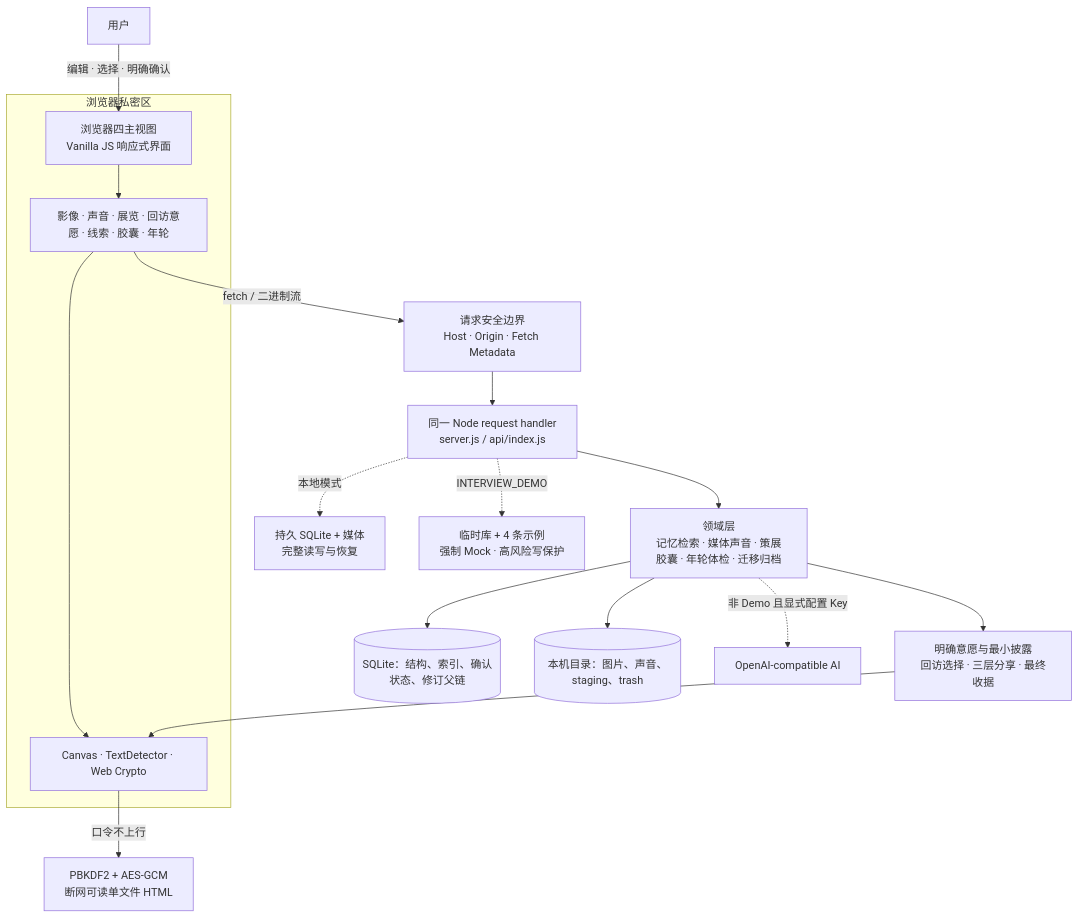
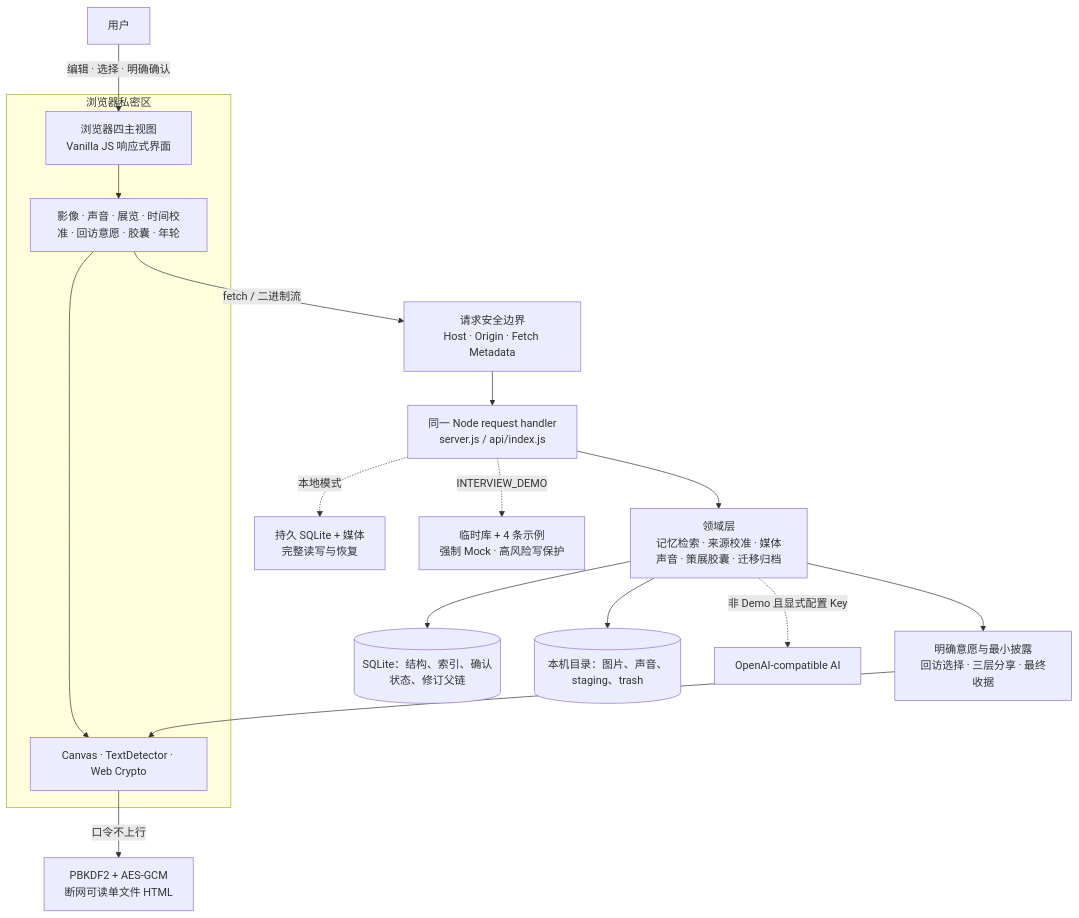
Before and after one commit to JieE-212/AI_memory_museum: the diagram in 项目文档/面试展示手册.md, drawn with Mermaid. The commit also changed other lines of this file and 42 other files, not shown here.

Commit message:
feat: add evidence-backed uncertain timelines

````diff
--- a/项目文档/面试展示手册.md
+++ b/项目文档/面试展示手册.md
@@ -68,23 +70,23 @@
 ```mermaid
 flowchart TB
   U["用户"] -->|"编辑 · 选择 · 明确确认"| UI["浏览器四主视图<br/>Vanilla JS 响应式界面"]
 
   subgraph B["浏览器私密区"]
-    UI --> MOD["影像 · 声音 · 展览 · 回访意愿 · 线索 · 胶囊 · 年轮"]
+    UI --> MOD["影像 · 声音 · 展览 · 时间校准 · 回访意愿 · 胶囊 · 年轮"]
     MOD --> LOCAL["Canvas · TextDetector · Web Crypto"]
   end
 
   MOD -->|"fetch / 二进制流"| SEC["请求安全边界<br/>Host · Origin · Fetch Metadata"]
   SEC --> HTTP["同一 Node request handler<br/>server.js / api/index.js"]
-  HTTP --> DOMAIN["领域层<br/>记忆检索 · 媒体声音 · 策展胶囊 · 年轮体检 · 迁移归档"]
+  HTTP --> DOMAIN["领域层<br/>记忆检索 · 来源校准 · 媒体声音 · 策展胶囊 · 迁移归档"]
   DOMAIN --> DB[("SQLite：结构、索引、确认状态、修订父链")]
   DOMAIN --> FS[("本机目录：图片、声音、staging、trash")]
   DOMAIN -. "非 Demo 且显式配置 Key" .-> AI["OpenAI-compatible AI"]
 
   DOMAIN --> GATE["明确意愿与最小披露<br/>回访选择 · 三层分享 · 最终收据"]
   GATE --> LOCAL
   LOCAL -->|"口令不上行"| OFF["PBKDF2 + AES-GCM<br/>断网可读单文件 HTML"]
 
   HTTP -. "本地模式" .-> PERSIST["持久 SQLite + 媒体<br/>完整读写与恢复"]
   HTTP -. "INTERVIEW_DEMO" .-> DEMO["临时库 + 4 条示例<br/>强制 Mock · 高风险写保护"]
 ```
````
